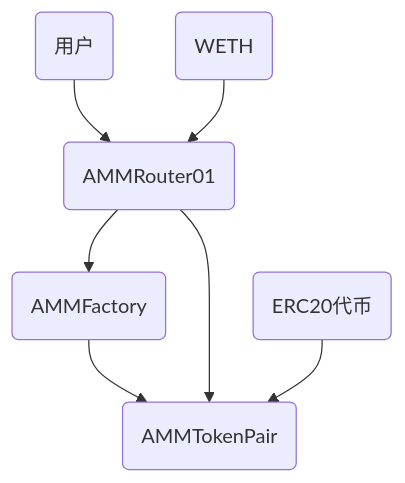
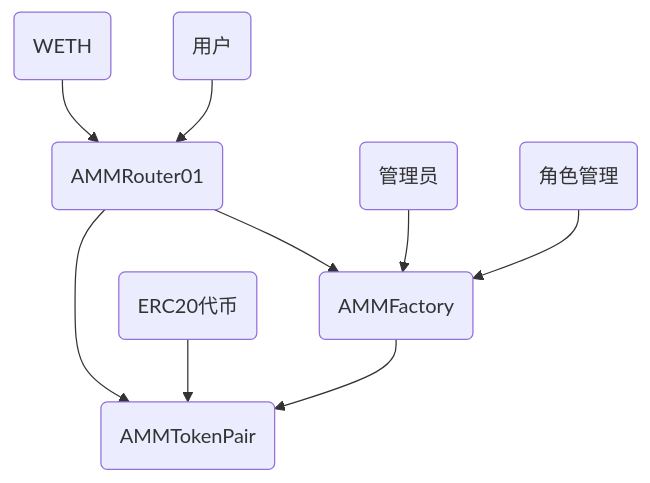
The diagram in README.md (LeoTheDev0810/AMM-Challenge), drawn with Mermaid before and after one commit. The commit also changed other lines of this file, not shown here.

````diff
--- a/README.md
+++ b/README.md
@@ -20,9 +21,11 @@
 ```mermaid
 graph TD
     A(AMMRouter01) --> B(AMMFactory)
     B --> C(AMMTokenPair)
     A --> C
     D(用户) --> A
     E(WETH) --> A
     F(ERC20代币) --> C
+    G(管理员) --> B
+    H(角色管理) --> B
 ```
````
